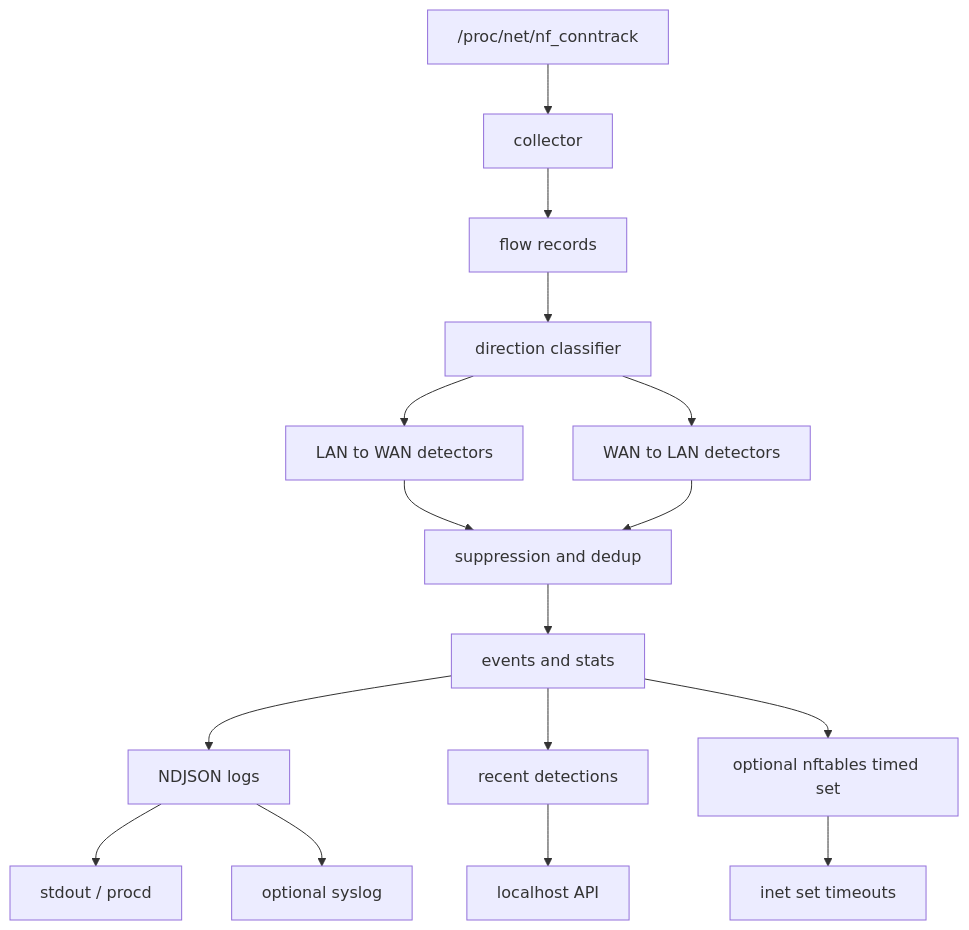
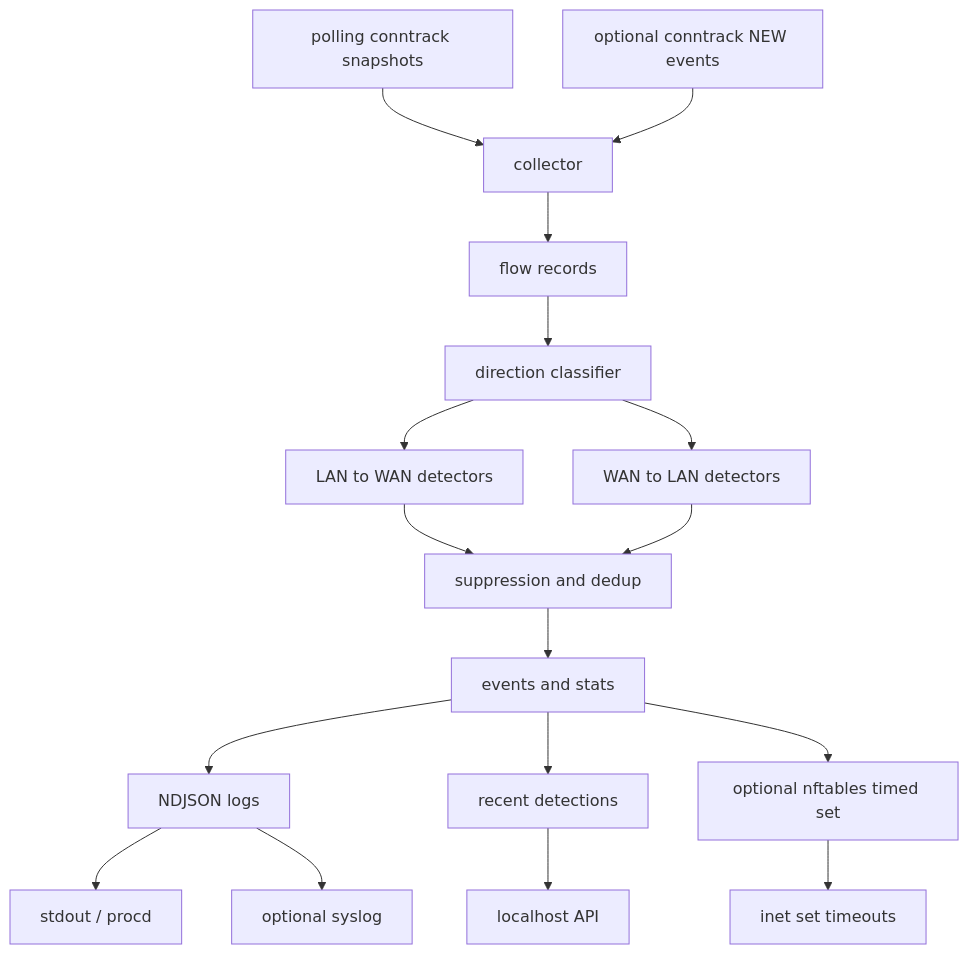
Before and after one commit to ecan0/serpent-wrt: the diagram in README.md, drawn with Mermaid. The commit also changed other lines of this file and 34 other files, not shown here.

````diff
--- a/README.md
+++ b/README.md
@@ -69,18 +77,19 @@
 ```mermaid
 flowchart TD
-    A["/proc/net/nf_conntrack"] --> B["collector"]
+    A["polling conntrack snapshots"] --> B["collector"]
+    A2["optional conntrack NEW events"] --> B
     B --> C["flow records"]
     C --> D["direction classifier"]
     D --> E["LAN to WAN detectors"]
     D --> F["WAN to LAN detectors"]
     E --> G["suppression and dedup"]
     F --> G
     G --> H["events and stats"]
     H --> I["NDJSON logs"]
     H --> J["recent detections"]
     H --> K["optional nftables timed set"]
     I --> L["stdout / procd"]
     I --> M["optional syslog"]
     J --> N["localhost API"]
     K --> O["inet set timeouts"]
 ```
````
